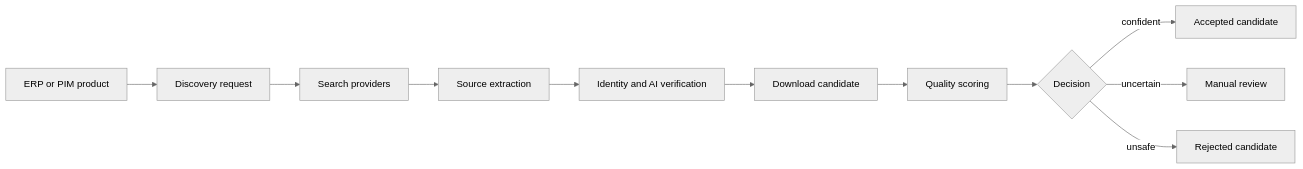
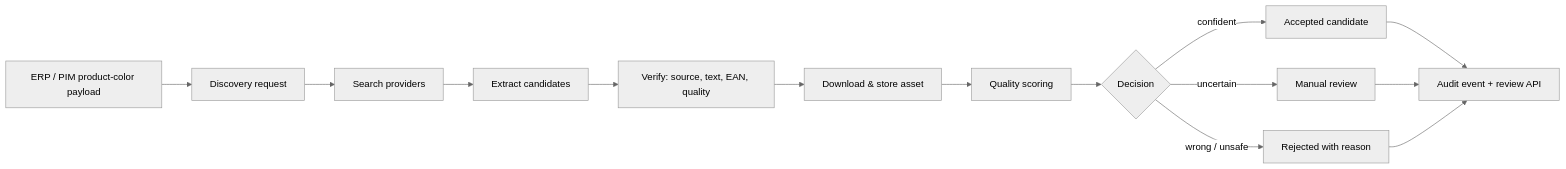
One commit to padosoft/product_image_discovery changed the diagram in docs-site/docs/index.md. Above: the diagram before and after it, drawn with Mermaid (neutral theme). The commit also changed other lines of this file and 2 other files, not shown here.

````diff
--- a/docs-site/docs/index.md
+++ b/docs-site/docs/index.md
@@ -78,13 +187,16 @@
 ```mermaid
 flowchart LR
-  A[ERP or PIM product] --> B[Discovery request]
+  A[ERP / PIM product-color payload] --> B[Discovery request]
   B --> C[Search providers]
-  C --> D[Source extraction]
-  D --> E[Identity and AI verification]
-  E --> F[Download candidate]
+  C --> D[Extract candidates]
+  D --> E[Verify: source, text, EAN, quality]
+  E --> F[Download & store asset]
   F --> G[Quality scoring]
   G --> H{Decision}
   H -->|confident| I[Accepted candidate]
   H -->|uncertain| J[Manual review]
-  H -->|unsafe| K[Rejected candidate]
+  H -->|wrong / unsafe| K[Rejected with reason]
+  I --> L[Audit event + review API]
+  J --> L
+  K --> L
 ```
````
